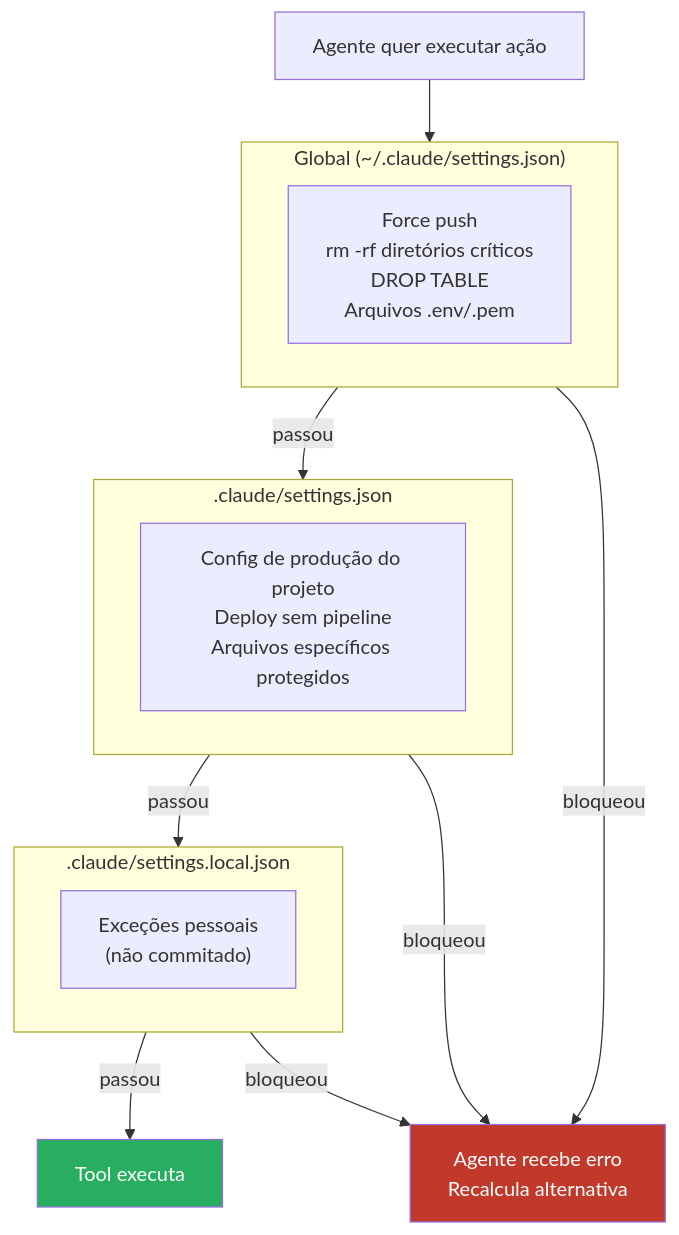
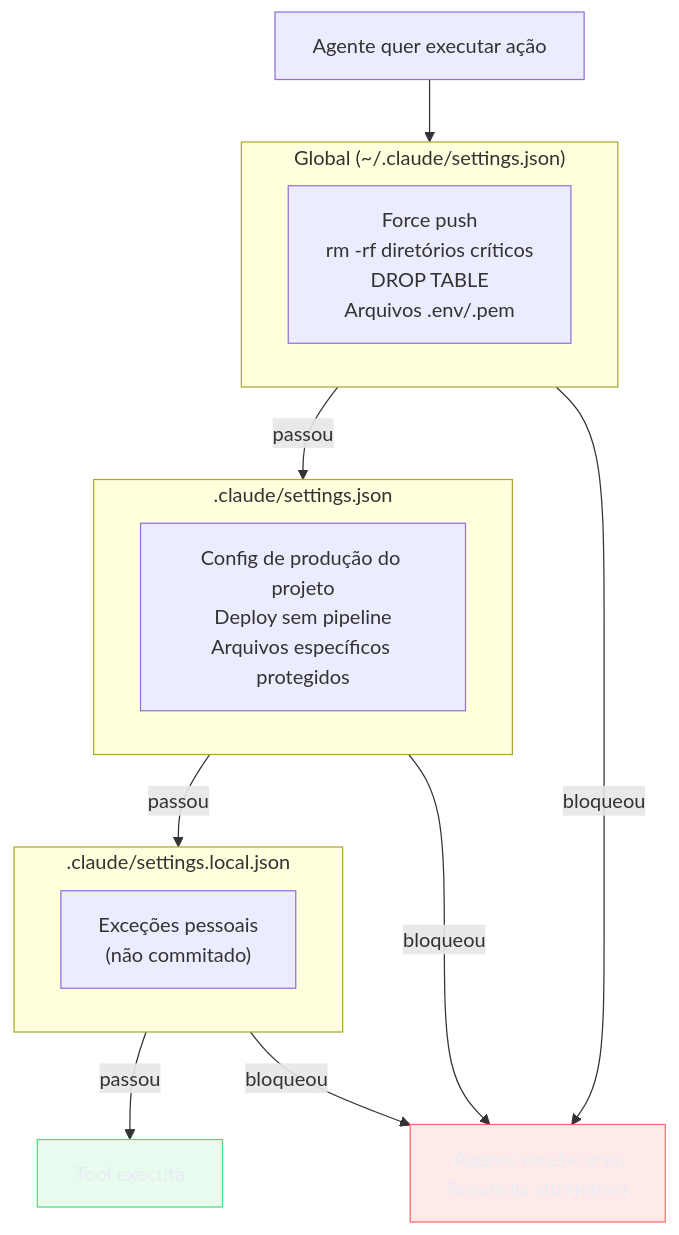
One commit to josenaldo/codex-technomanticus changed the diagram in 03-Dominios/Tecnologia/IA/Claude Code/Hooks e Guardrails/05 - Guardrails.md. Above: the diagram before and after it, drawn with Mermaid. The commit also changed 1181 other files, not shown here.

First line of the commit message:
fix(diagramas): paleta do sistema no lugar de cor cravada no markdown

````diff
--- a/03-Dominios/Tecnologia/IA/Claude Code/Hooks e Guardrails/05 - Guardrails.md
+++ b/03-Dominios/Tecnologia/IA/Claude Code/Hooks e Guardrails/05 - Guardrails.md
@@ -246,28 +246,30 @@
 ```mermaid
 flowchart TD
+    classDef falha fill:#FF6B6B24,stroke:#FF6B6B,color:#E9ECF2
+    classDef ok fill:#4ADE8021,stroke:#4ADE80,color:#E9ECF2
     Action["Agente quer executar ação"]
 
     subgraph Global["Global (~/.claude/settings.json)"]
         G1["Force push\nrm -rf diretórios críticos\nDROP TABLE\nArquivos .env/.pem"]
     end
 
     subgraph Project[".claude/settings.json"]
         P1["Config de produção do projeto\nDeploy sem pipeline\nArquivos específicos protegidos"]
     end
 
     subgraph Local[".claude/settings.local.json"]
         L1["Exceções pessoais\n(não commitado)"]
     end
 
     Action --> Global
     Global -- "passou" --> Project
     Project -- "passou" --> Local
     Local -- "passou" --> Execute["Tool executa"]
 
     Global -- "bloqueou" --> Block["Agente recebe erro\nRecalcula alternativa"]
     Project -- "bloqueou" --> Block
     Local -- "bloqueou" --> Block
 
-    style Block fill:#c0392b,color:#fff
-    style Execute fill:#27ae60,color:#fff
+    class Block falha
+    class Execute ok
 ```
````
